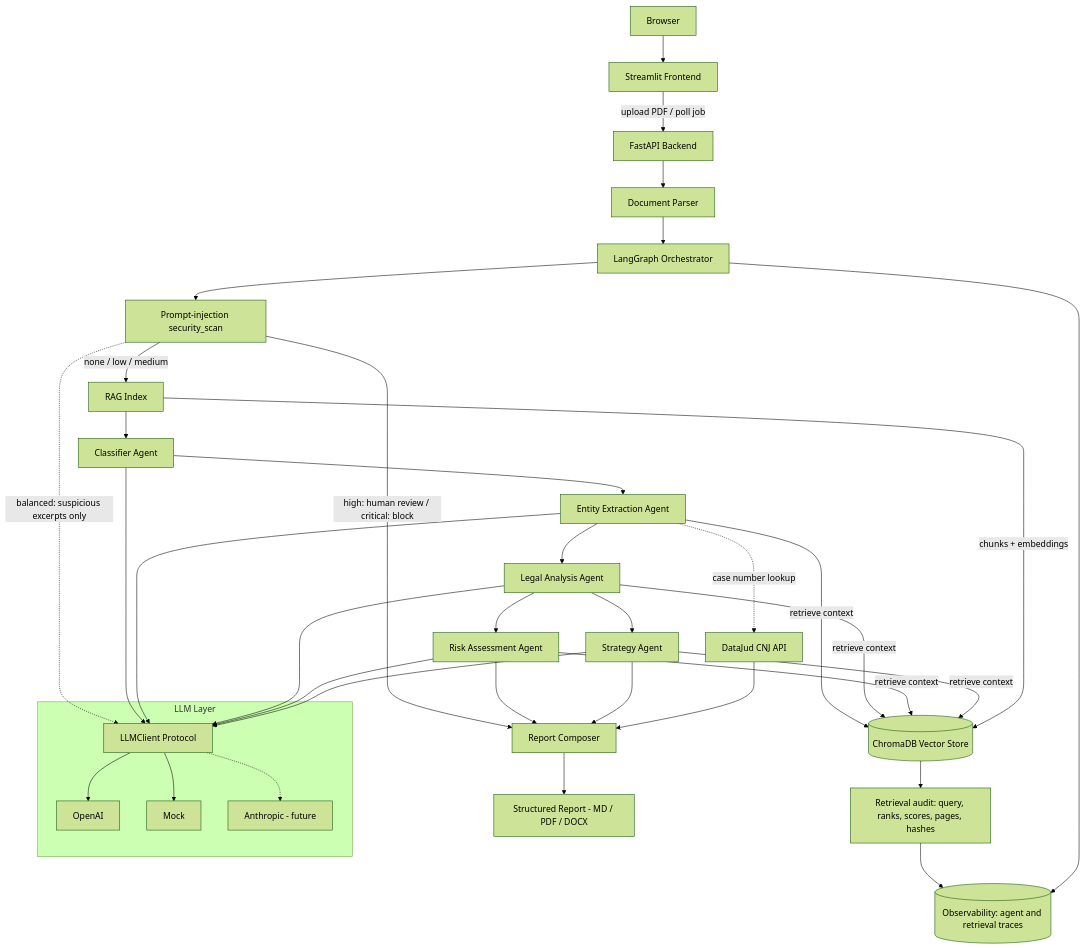
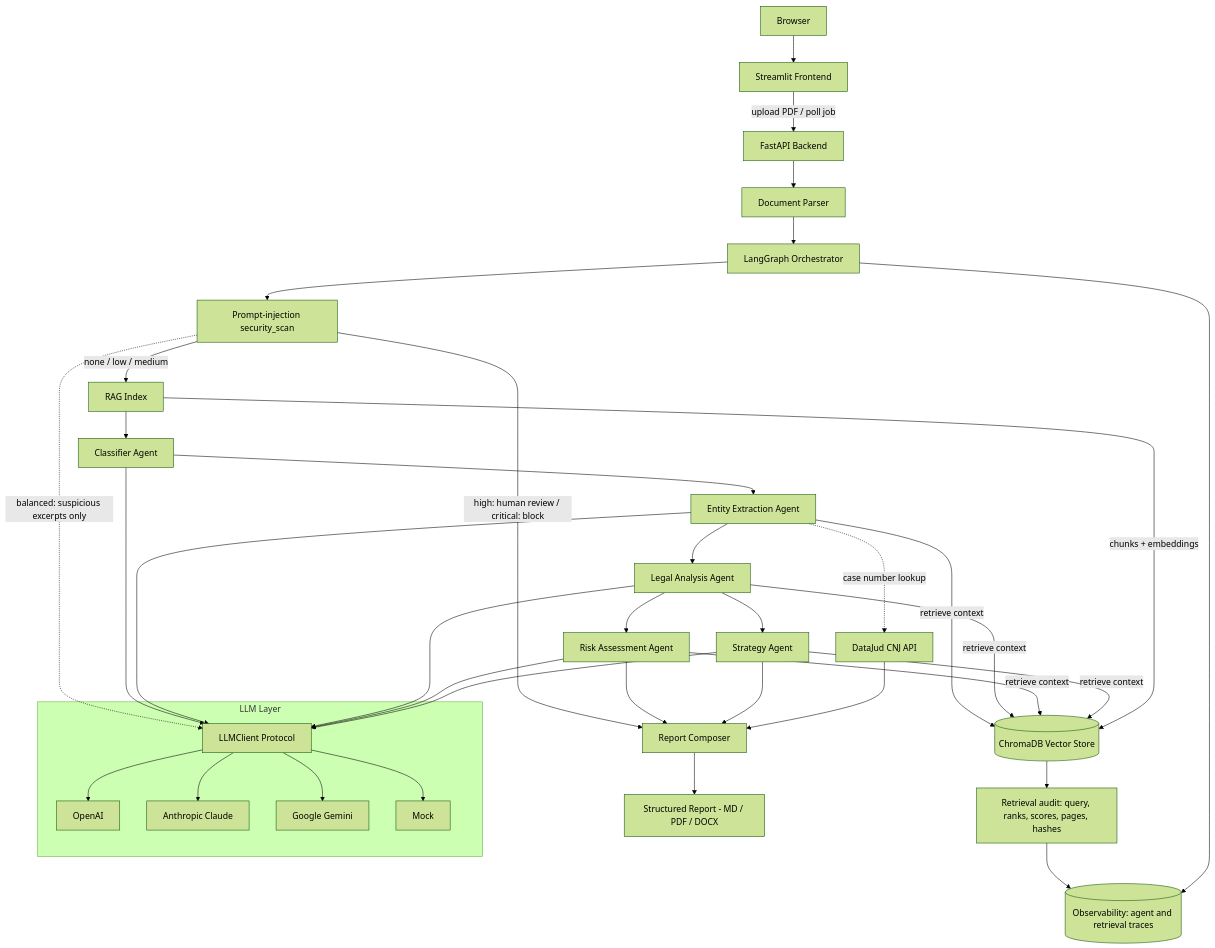
Before and after one commit to el-gabri/enter-poc: the diagram in docs/architecture.md, drawn with Mermaid (forest theme). The commit also changed other lines of this file and 17 other files, not shown here.

Commit message:
feat(llm): add Anthropic and Gemini provider support

````diff
--- a/docs/architecture.md
+++ b/docs/architecture.md
@@ -5,32 +5,33 @@
 ```mermaid
 flowchart TD
     B[Browser] --> F[Streamlit Frontend]
     F -->|upload PDF / poll job| A[FastAPI Backend]
     A --> P[Document Parser]
     P --> O[LangGraph Orchestrator]
     O --> PI[Prompt-injection security_scan]
     PI -->|none / low / medium| I[RAG Index]
     PI -->|high: human review / critical: block| G[Report Composer]
     I --> C[Classifier Agent]
     C --> E[Entity Extraction Agent]
     E --> L[Legal Analysis Agent]
     L --> R[Risk Assessment Agent]
     L --> S[Strategy Agent]
     R & S --> G
     E & L & R & S -->|retrieve context| RAG[(ChromaDB Vector Store)]
     RAG --> RT[Retrieval audit: query, ranks, scores, pages, hashes]
     RT --> OBS
     I -->|chunks + embeddings| RAG
     E -.->|case number lookup| DJ[DataJud CNJ API]
     DJ --> G
     subgraph LLM Layer
         LC[LLMClient Protocol]
         LC --> OAI[OpenAI]
+        LC --> ANT[Anthropic Claude]
+        LC --> GEM[Google Gemini]
         LC --> MOCK[Mock]
-        LC -.-> ANT[Anthropic - future]
     end
     PI -.->|balanced: suspicious excerpts only| LC
     C & E & L & R & S --> LC
     G --> REP[Structured Report - MD / PDF / DOCX]
     O --> OBS[(Observability: agent and retrieval traces)]
 ```
````
